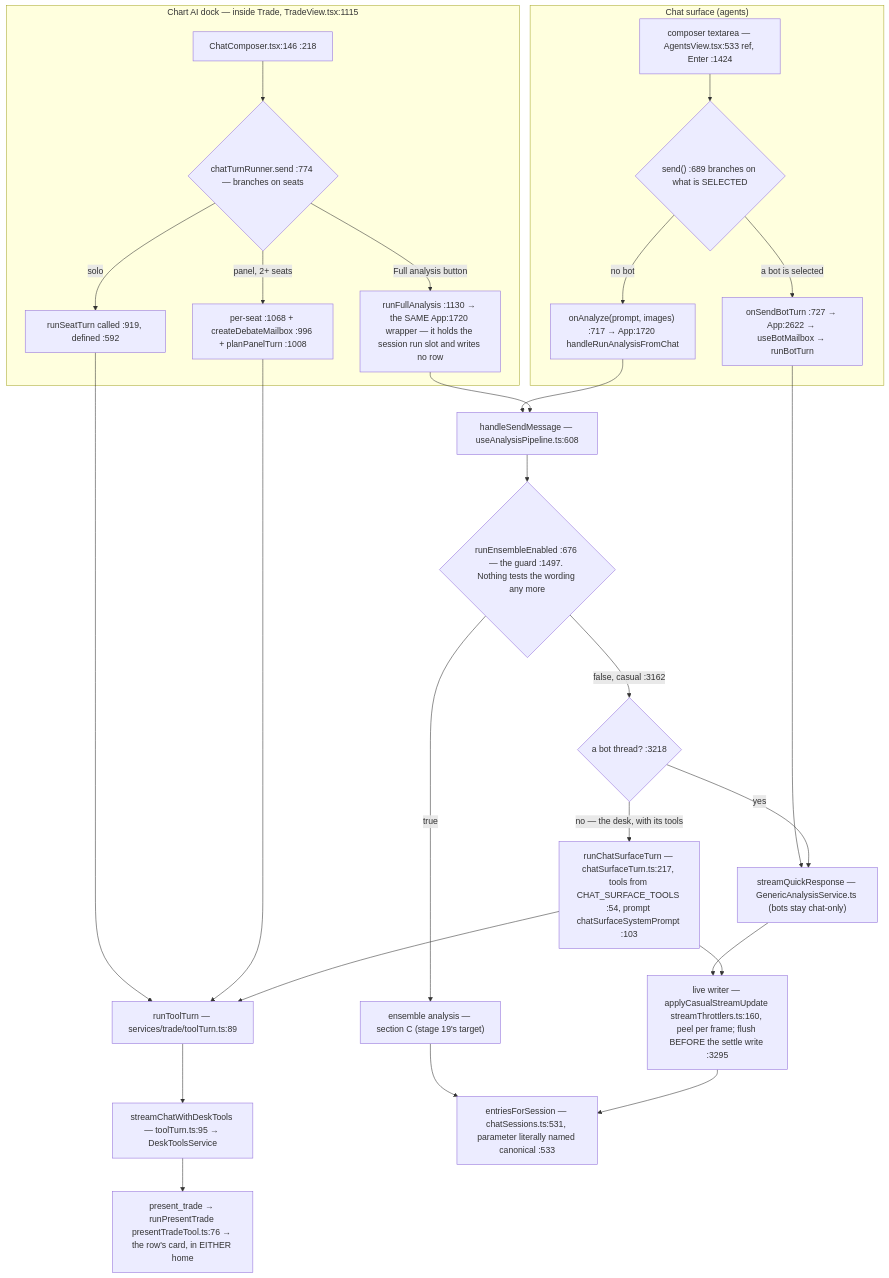
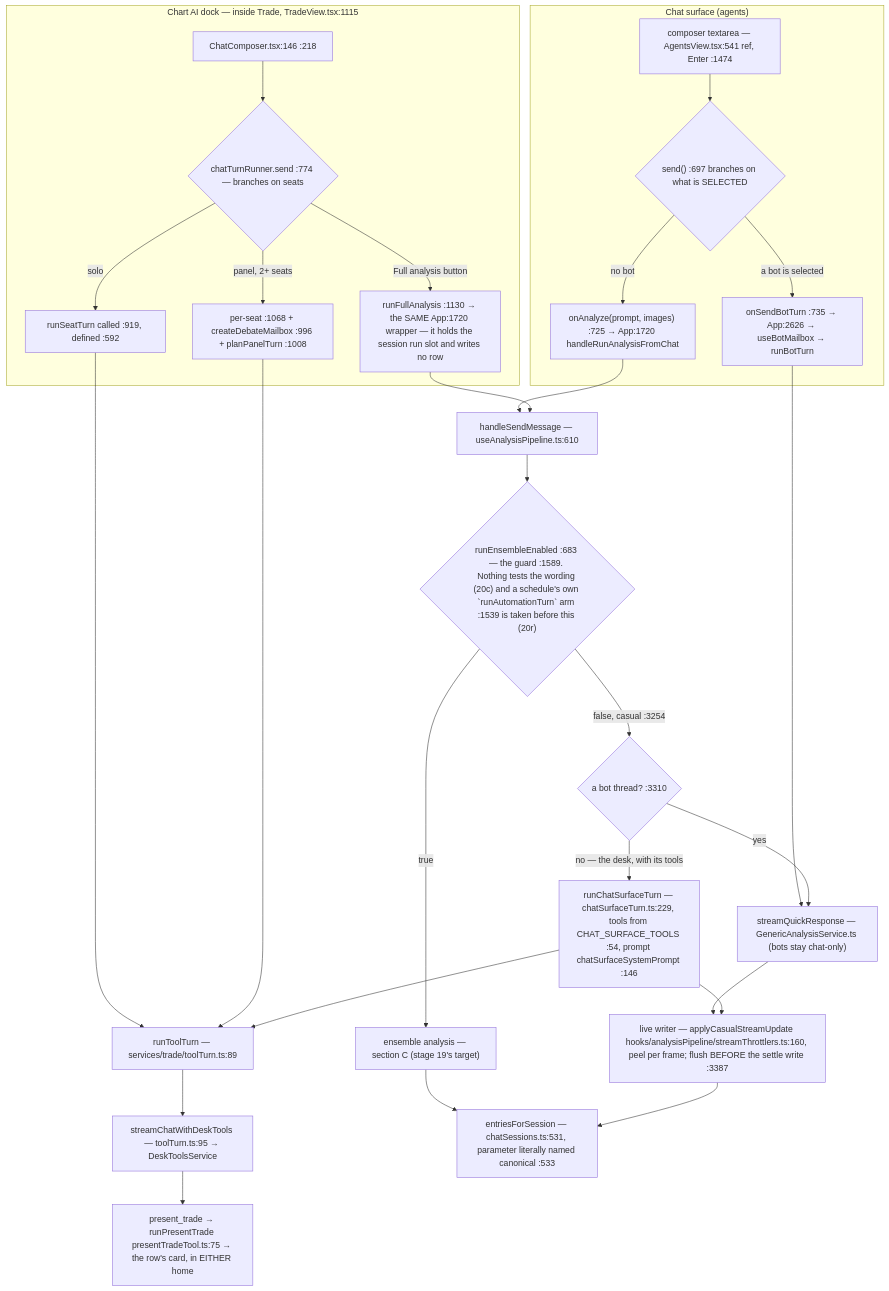
One commit to Acepay25/august-3.5 changed the second of 7 diagrams in docs/app-flow.md. Above: the diagram before and after it, drawn with Mermaid. The commit also changed other lines of this file and 12 other files, not shown here.

First line of the commit message:
feat(automation): a schedule gets its own tool turn, its own ration, and its own bad news

````diff
--- a/docs/app-flow.md
+++ b/docs/app-flow.md
@@ -50,31 +50,31 @@
 ```mermaid
 flowchart TD
     subgraph CHAT["Chat surface (agents)"]
-        CB["composer textarea — AgentsView.tsx:533 ref, Enter :1424"] --> D1{"send() :689 branches on what is SELECTED"}
-        D1 -->|a bot is selected| BOT["onSendBotTurn :727 → App:2622 → useBotMailbox → runBotTurn"]
-        D1 -->|no bot| AN["onAnalyze(prompt, images) :717 → App:1720 handleRunAnalysisFromChat"]
+        CB["composer textarea — AgentsView.tsx:541 ref, Enter :1474"] --> D1{"send() :697 branches on what is SELECTED"}
+        D1 -->|a bot is selected| BOT["onSendBotTurn :735 → App:2626 → useBotMailbox → runBotTurn"]
+        D1 -->|no bot| AN["onAnalyze(prompt, images) :725 → App:1720 handleRunAnalysisFromChat"]
     end
     subgraph DOCK["Chart AI dock — inside Trade, TradeView.tsx:1115"]
         DC["ChatComposer.tsx:146 :218"] --> D2{"chatTurnRunner.send :774 — branches on seats"}
         D2 -->|solo| SO["runSeatTurn called :919, defined :592"]
         D2 -->|panel, 2+ seats| PN["per-seat :1068 + createDebateMailbox :996 + planPanelTurn :1008"]
         D2 -->|Full analysis button| FA["runFullAnalysis :1130 → the SAME App:1720 wrapper — it holds the session run slot and writes no row"]
     end
     SO --> TT["runToolTurn — services/trade/toolTurn.ts:89"]
     PN --> TT
     TT --> SCDT["streamChatWithDeskTools — toolTurn.ts:95 → DeskToolsService"]
     BOT --> TR["streamQuickResponse — GenericAnalysisService.ts (bots stay chat-only)"]
-    AN --> HSM["handleSendMessage — useAnalysisPipeline.ts:608"]
+    AN --> HSM["handleSendMessage — useAnalysisPipeline.ts:610"]
     FA --> HSM
-    HSM --> D3{"runEnsembleEnabled :676 — the guard :1497. Nothing tests the wording any more"}
+    HSM --> D3{"runEnsembleEnabled :683 — the guard :1589. Nothing tests the wording (20c) and a schedule's own `runAutomationTurn` arm :1539 is taken before this (20r)"}
     D3 -->|true| ENS["ensemble analysis — section C (stage 19's target)"]
-    D3 -->|false, casual :3162| SPLIT{"a bot thread? :3218"}
+    D3 -->|false, casual :3254| SPLIT{"a bot thread? :3310"}
     SPLIT -->|yes| TR
-    SPLIT -->|no — the desk, with its tools| CST["runChatSurfaceTurn — chatSurfaceTurn.ts:217, tools from CHAT_SURFACE_TOOLS :54, prompt chatSurfaceSystemPrompt :103"]
+    SPLIT -->|no — the desk, with its tools| CST["runChatSurfaceTurn — chatSurfaceTurn.ts:229, tools from CHAT_SURFACE_TOOLS :54, prompt chatSurfaceSystemPrompt :146"]
     CST --> TT
-    TR --> LW["live writer — applyCasualStreamUpdate streamThrottlers.ts:160, peel per frame; flush BEFORE the settle write :3295"]
+    TR --> LW["live writer — applyCasualStreamUpdate hooks/analysisPipeline/streamThrottlers.ts:160, peel per frame; flush BEFORE the settle write :3387"]
     CST --> LW
     ENS --> MERGE
     LW --> MERGE["entriesForSession — chatSessions.ts:531, parameter literally named canonical :533"]
-    SCDT --> PT["present_trade → runPresentTrade presentTradeTool.ts:76 → the row's card, in EITHER home"]
+    SCDT --> PT["present_trade → runPresentTrade presentTradeTool.ts:75 → the row's card, in EITHER home"]
 ```
````
